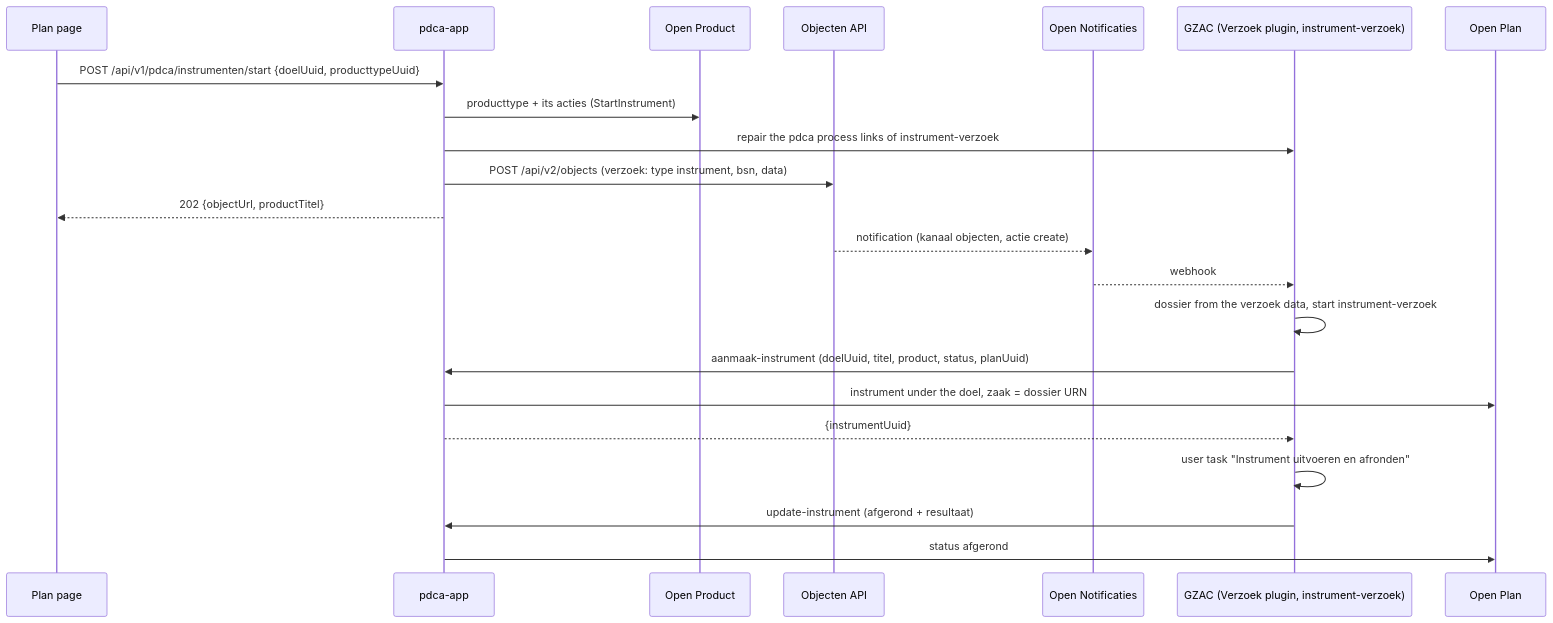
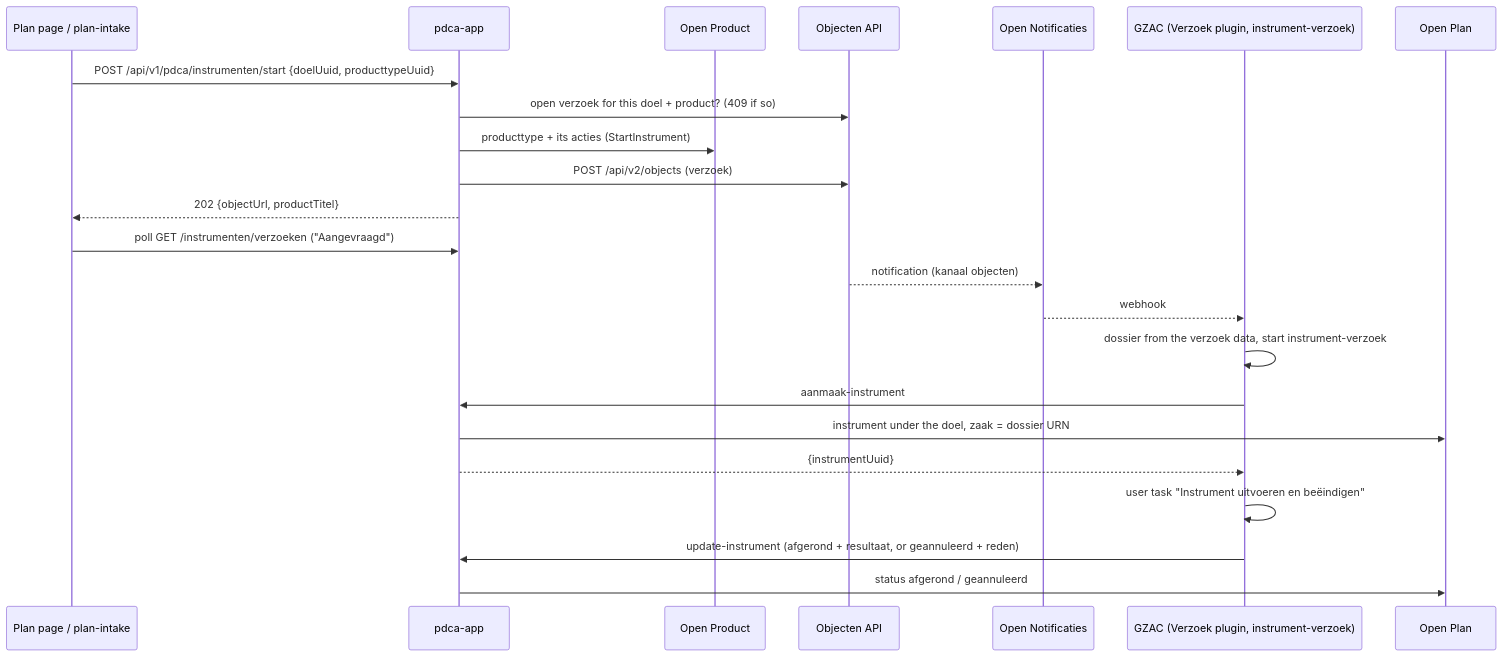
The second of 2 diagrams in ARCHITECTURE.md (ritense/pdca-service), drawn with Mermaid before and after one commit. The commit also changed other lines of this file and 369 other files, not shown here.

````diff
--- a/ARCHITECTURE.md
+++ b/ARCHITECTURE.md
@@ -828,25 +615,26 @@
 ```mermaid
 sequenceDiagram
-    participant UI as Plan page
+    participant UI as Plan page / plan-intake
     participant APP as pdca-app
     participant OP as Open Product
     participant OBJ as Objecten API
     participant N as Open Notificaties
     participant G as GZAC (Verzoek plugin, instrument-verzoek)
     participant PL as Open Plan
 
     UI->>APP: POST /api/v1/pdca/instrumenten/start {doelUuid, producttypeUuid}
+    APP->>OBJ: open verzoek for this doel + product? (409 if so)
     APP->>OP: producttype + its acties (StartInstrument)
-    APP->>G: repair the pdca process links of instrument-verzoek
-    APP->>OBJ: POST /api/v2/objects (verzoek: type instrument, bsn, data)
+    APP->>OBJ: POST /api/v2/objects (verzoek)
     APP-->>UI: 202 {objectUrl, productTitel}
-    OBJ-->>N: notification (kanaal objecten, actie create)
+    UI->>APP: poll GET /instrumenten/verzoeken ("Aangevraagd")
+    OBJ-->>N: notification (kanaal objecten)
     N-->>G: webhook
     G->>G: dossier from the verzoek data, start instrument-verzoek
-    G->>APP: aanmaak-instrument (doelUuid, titel, product, status, planUuid)
+    G->>APP: aanmaak-instrument
     APP->>PL: instrument under the doel, zaak = dossier URN
     APP-->>G: {instrumentUuid}
-    G->>G: user task "Instrument uitvoeren en afronden"
-    G->>APP: update-instrument (afgerond + resultaat)
-    APP->>PL: status afgerond
+    G->>G: user task "Instrument uitvoeren en beëindigen"
+    G->>APP: update-instrument (afgerond + resultaat, or geannuleerd + reden)
+    APP->>PL: status afgerond / geannuleerd
 ```
````
